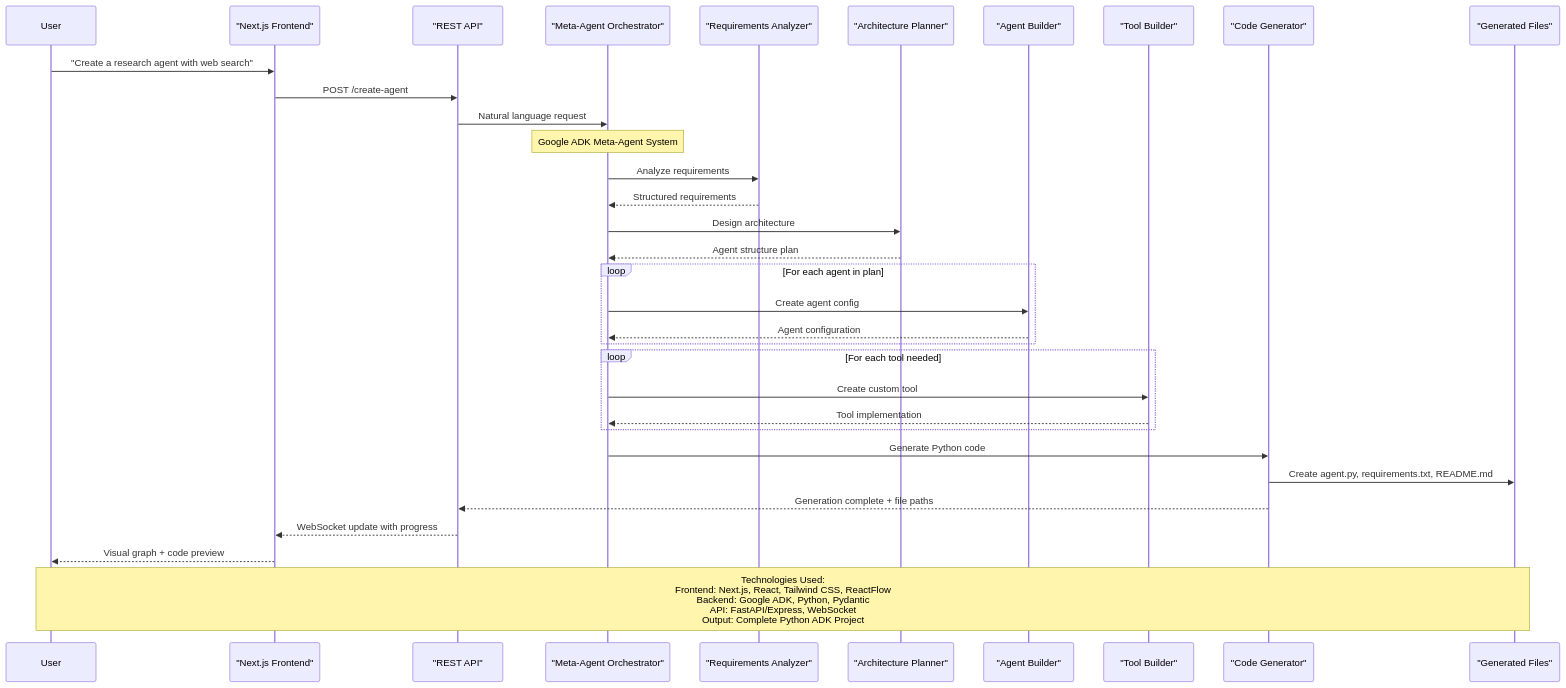
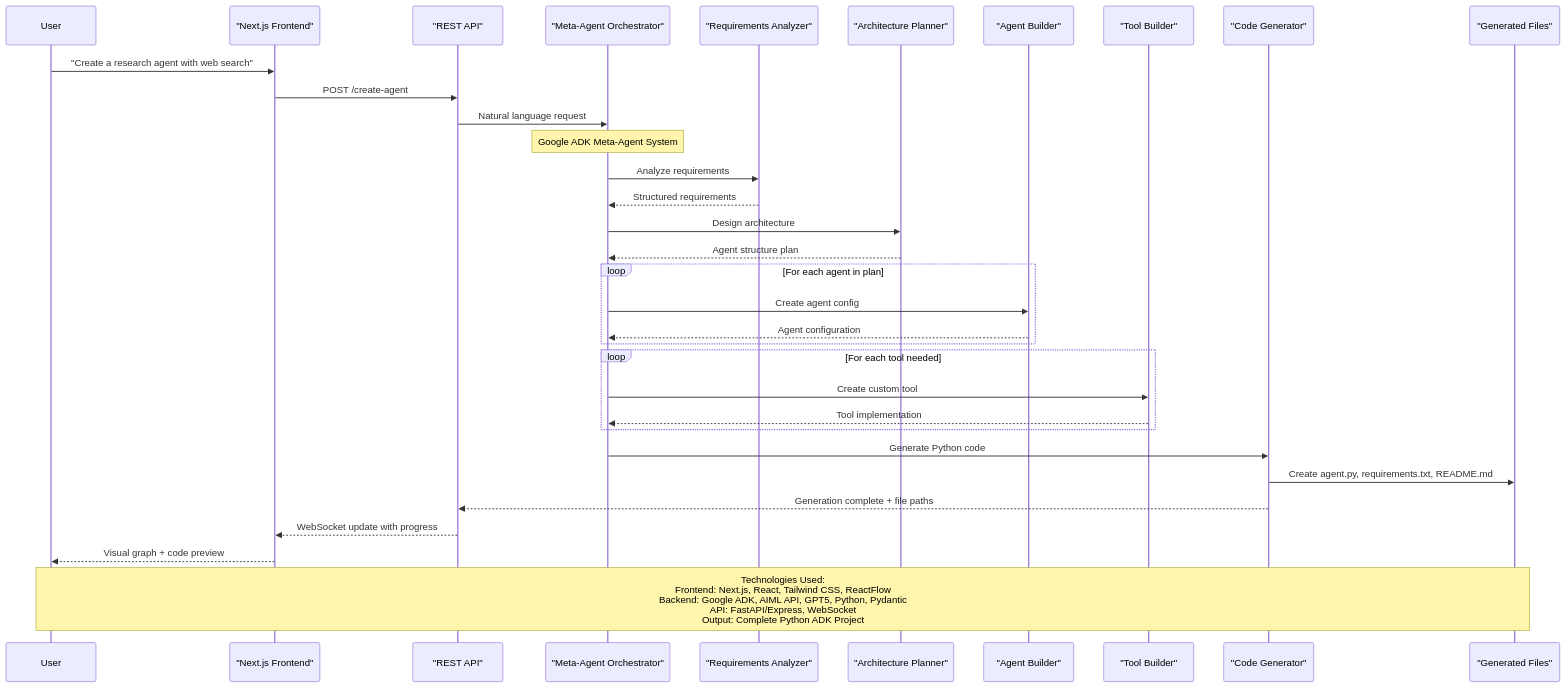
One commit to hatif03/agent-smith changed the second of 2 diagrams in README.md. Above: the diagram before and after it, drawn with Mermaid.

Commit message:
readme update

````diff
--- a/README.md
+++ b/README.md
@@ -118,44 +118,44 @@
 ```mermaid
 sequenceDiagram
     participant User
     participant Frontend as "Next.js Frontend"
     participant API as "REST API"
     participant Orchestrator as "Meta-Agent Orchestrator"
     participant ReqAnalyzer as "Requirements Analyzer"
     participant ArchPlanner as "Architecture Planner"
     participant AgentBuilder as "Agent Builder"
     participant ToolBuilder as "Tool Builder"
     participant CodeGen as "Code Generator"
     participant Output as "Generated Files"
 
     User->>Frontend: "Create a research agent with web search"
     Frontend->>API: POST /create-agent
     API->>Orchestrator: Natural language request
     
     Note over Orchestrator: Google ADK Meta-Agent System
     
     Orchestrator->>ReqAnalyzer: Analyze requirements
     ReqAnalyzer-->>Orchestrator: Structured requirements
     
     Orchestrator->>ArchPlanner: Design architecture
     ArchPlanner-->>Orchestrator: Agent structure plan
     
     loop For each agent in plan
         Orchestrator->>AgentBuilder: Create agent config
         AgentBuilder-->>Orchestrator: Agent configuration
     end
     
     loop For each tool needed
         Orchestrator->>ToolBuilder: Create custom tool
         ToolBuilder-->>Orchestrator: Tool implementation
     end
     
     Orchestrator->>CodeGen: Generate Python code
     CodeGen->>Output: Create agent.py, requirements.txt, README.md
     
     CodeGen-->>API: Generation complete + file paths
     API-->>Frontend: WebSocket update with progress
     Frontend-->>User: Visual graph + code preview
     
-    Note over User,Output: Technologies Used:<br/>Frontend: Next.js, React, Tailwind CSS, ReactFlow<br/>Backend: Google ADK, Python, Pydantic<br/>API: FastAPI/Express, WebSocket<br/>Output: Complete Python ADK Project
+    Note over User,Output: Technologies Used:<br/>Frontend: Next.js, React, Tailwind CSS, ReactFlow<br/>Backend: Google ADK, AIML API, GPT5, Python, Pydantic<br/>API: FastAPI/Express, WebSocket<br/>Output: Complete Python ADK Project
 ```
````
